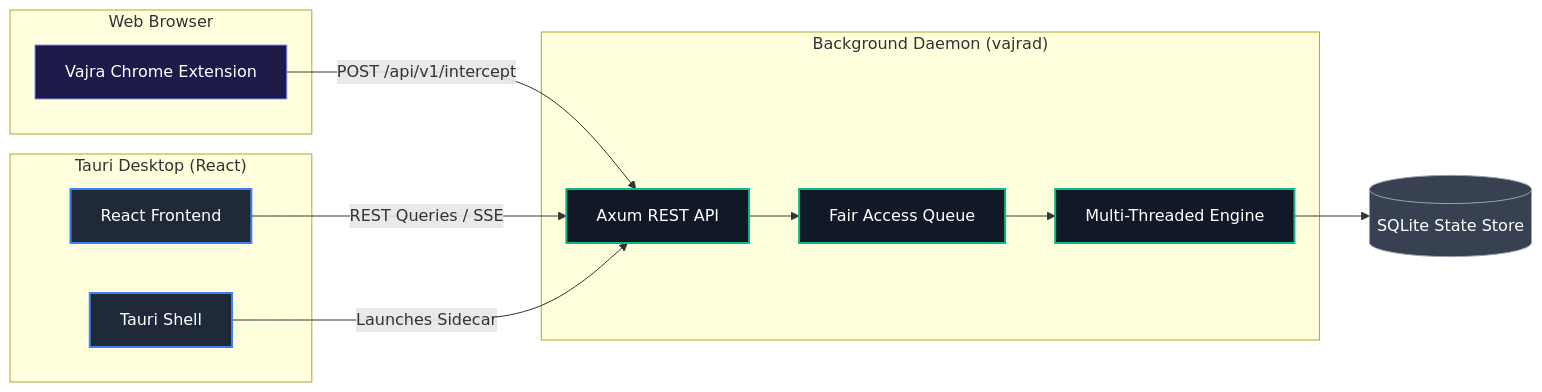
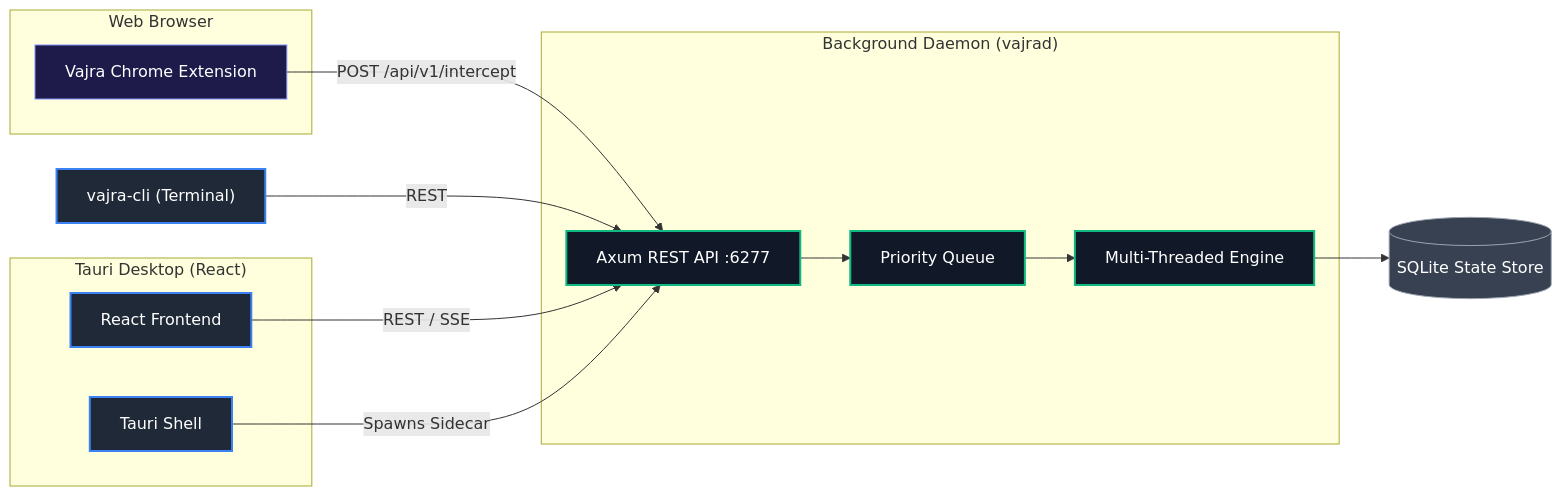
One commit to msmayanksingh22/Vajra-Download-Manager changed the diagram in DEVELOPER.md. Above: the diagram before and after it, drawn with Mermaid. The commit also changed other lines of this file and 13 other files, not shown here.

````diff
--- a/DEVELOPER.md
+++ b/DEVELOPER.md
@@ -11,31 +33,34 @@
 ```mermaid
 flowchart LR
     classDef main fill:#1f2937,stroke:#3b82f6,stroke-width:2px,color:#fff;
     classDef ext fill:#1e1b4b,stroke:#818cf8,stroke-width:1px,color:#fff;
     classDef engine fill:#111827,stroke:#10b981,stroke-width:2px,color:#fff;
     classDef db fill:#374151,stroke:#9ca3af,stroke-width:1px,color:#fff;
 
     subgraph Browser["Web Browser"]
         Ext["Vajra Chrome Extension"]:::ext
     end
 
     subgraph DesktopApp["Tauri Desktop (React)"]
         UI["React Frontend"]:::main
         Tauri["Tauri Shell"]:::main
     end
 
+    CLI["vajra-cli (Terminal)"]:::main
+
     subgraph Service["Background Daemon (vajrad)"]
-        Api["Axum REST API"]:::engine
-        Queue["Fair Access Queue"]:::engine
+        Api["Axum REST API :6277"]:::engine
+        Queue["Priority Queue"]:::engine
         Engine["Multi-Threaded Engine"]:::engine
     end
 
     DB[("SQLite State Store")]:::db
 
-    Ext -->|POST /api/v1/intercept| Api
-    UI -->|REST Queries / SSE| Api
-    Tauri -->|Launches Sidecar| Api
+    Ext -->|"POST /api/v1/intercept"| Api
+    UI -->|"REST / SSE"| Api
+    CLI -->|"REST"| Api
+    Tauri -->|"Spawns Sidecar"| Api
     Api --> Queue
     Queue --> Engine
     Engine --> DB
 ```
````
